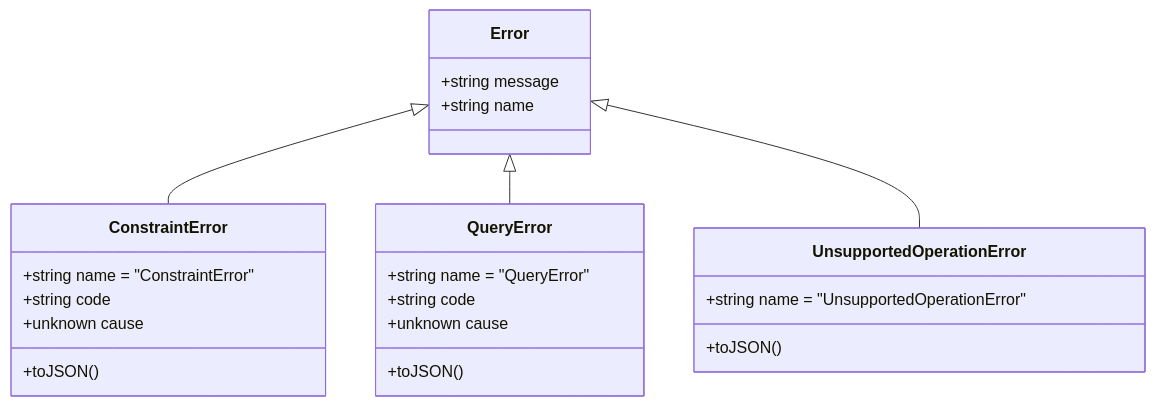
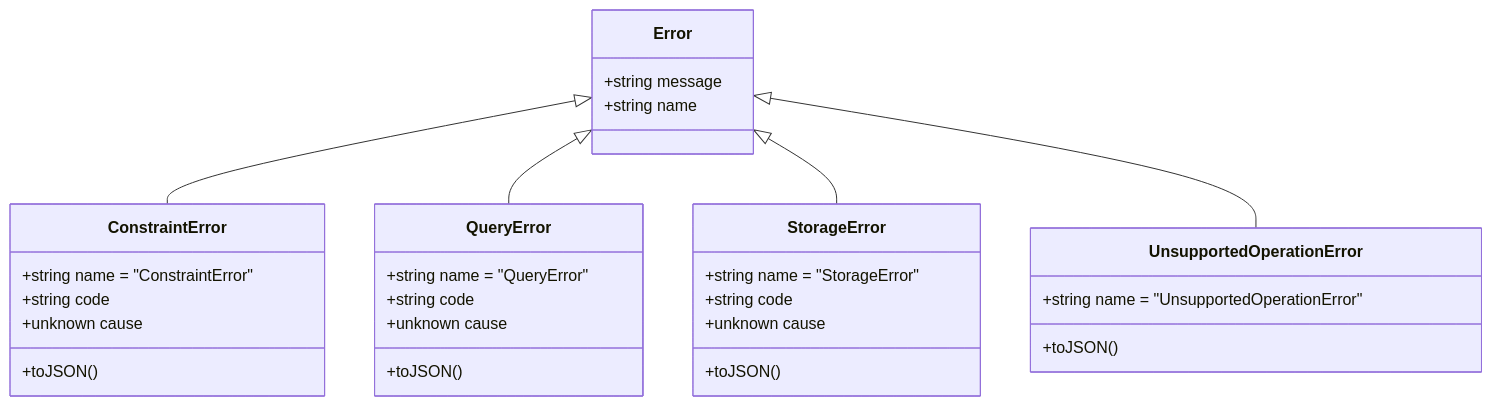
Before and after one commit to vxnus-studio/e: the diagram in docs/hardening/ERRORS.md, drawn with Mermaid. The commit also changed other lines of this file and 10 other files, not shown here.

````diff
--- a/docs/hardening/ERRORS.md
+++ b/docs/hardening/ERRORS.md
@@ -11,26 +11,33 @@
 ```mermaid
 classDiagram
     class Error {
       +string message
       +string name
     }
     class ConstraintError {
       +string name = "ConstraintError"
       +string code
       +unknown cause
       +toJSON()
     }
     class QueryError {
       +string name = "QueryError"
       +string code
       +unknown cause
       +toJSON()
     }
+    class StorageError {
+      +string name = "StorageError"
+      +string code
+      +unknown cause
+      +toJSON()
+    }
     class UnsupportedOperationError {
       +string name = "UnsupportedOperationError"
       +toJSON()
     }
     Error <|-- ConstraintError
     Error <|-- QueryError
+    Error <|-- StorageError
     Error <|-- UnsupportedOperationError
 ```
````
